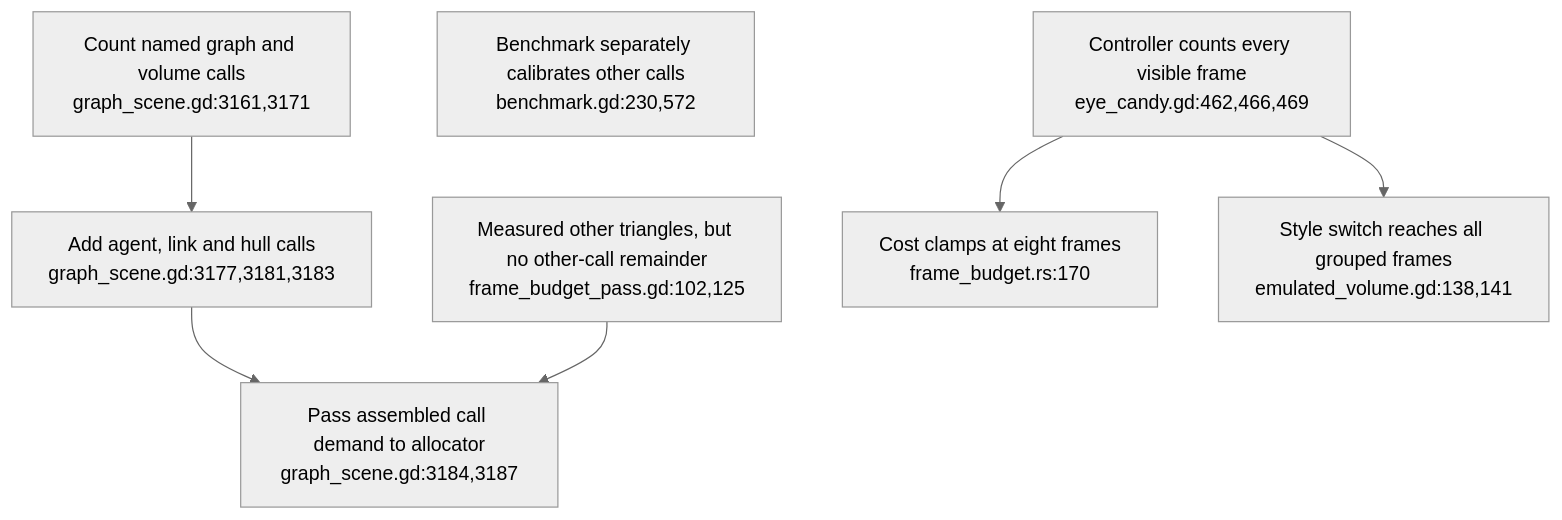
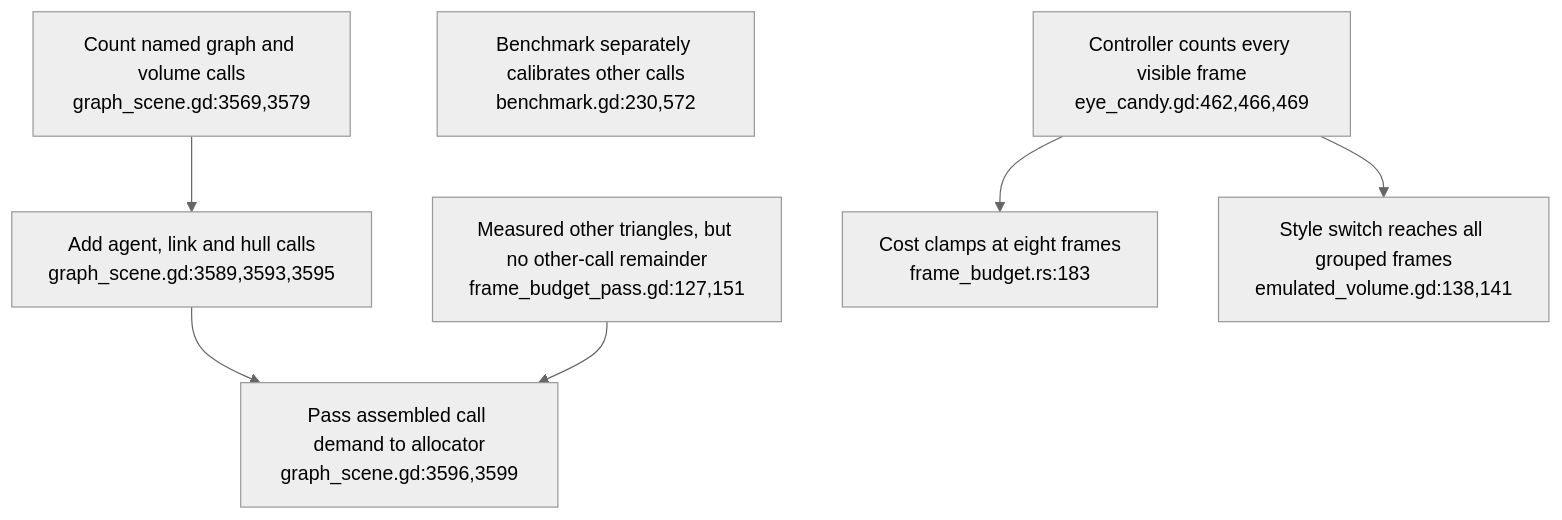
The second of 8 diagrams in docs/diagrams/visionclaw/51-xr-visual-budget-and-engine-gates.md (DreamLab-AI/VisionFlow), drawn with Mermaid (neutral theme) before and after one commit. The commit also changed other lines of this file and 56 other files, not shown here.

First line of the commit message:
docs(diagrams): re-verify VisionClaw topics at ec785afa9, add VC-19/56/57 and the VisionClaw register

````diff
--- a/docs/diagrams/visionclaw/51-xr-visual-budget-and-engine-gates.md
+++ b/docs/diagrams/visionclaw/51-xr-visual-budget-and-engine-gates.md
@@ -50,9 +66,9 @@
 ```mermaid
 flowchart TD
-    SCENE["Count named graph and volume calls<br/>graph_scene.gd:3161,3171"] --> CALLS["Add agent, link and hull calls<br/>graph_scene.gd:3177,3181,3183"]
-    CALLS --> INPUT["Pass assembled call demand to allocator<br/>graph_scene.gd:3184,3187"]
-    OTHER["Measured other triangles, but no other-call remainder<br/>frame_budget_pass.gd:102,125"] --> INPUT
+    SCENE["Count named graph and volume calls<br/>graph_scene.gd:3569,3579"] --> CALLS["Add agent, link and hull calls<br/>graph_scene.gd:3589,3593,3595"]
+    CALLS --> INPUT["Pass assembled call demand to allocator<br/>graph_scene.gd:3596,3599"]
+    OTHER["Measured other triangles, but no other-call remainder<br/>frame_budget_pass.gd:127,151"] --> INPUT
     BENCH["Benchmark separately calibrates other calls<br/>benchmark.gd:230,572"]
-    VISIBLE["Controller counts every visible frame<br/>eye_candy.gd:462,466,469"] --> PRICE["Cost clamps at eight frames<br/>frame_budget.rs:170"]
+    VISIBLE["Controller counts every visible frame<br/>eye_candy.gd:462,466,469"] --> PRICE["Cost clamps at eight frames<br/>frame_budget.rs:183"]
     VISIBLE --> DRAW["Style switch reaches all grouped frames<br/>emulated_volume.gd:138,141"]
 ```
````
